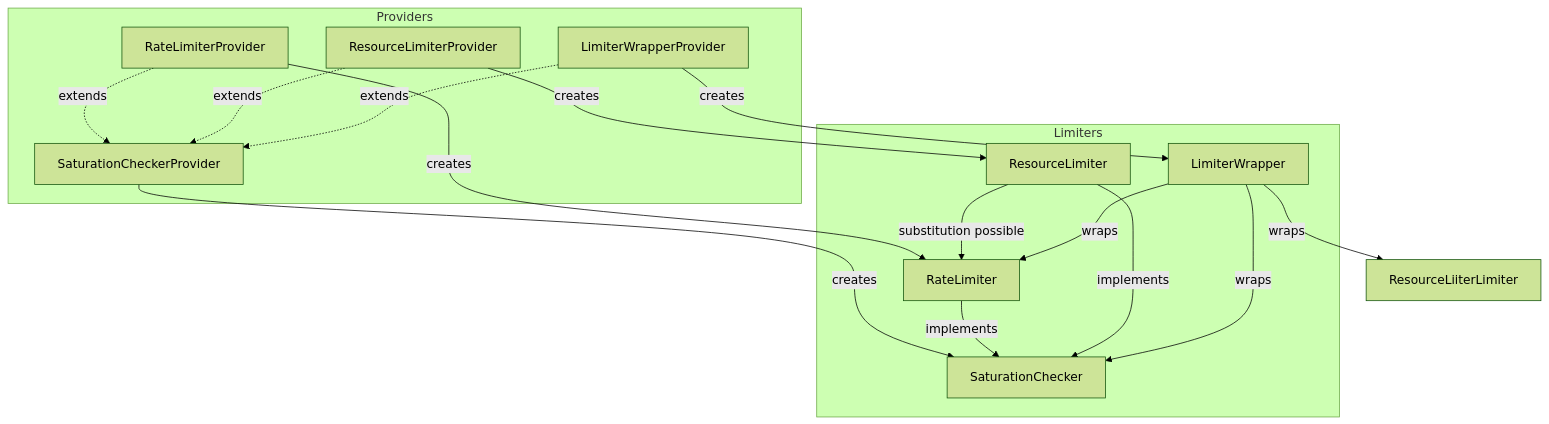
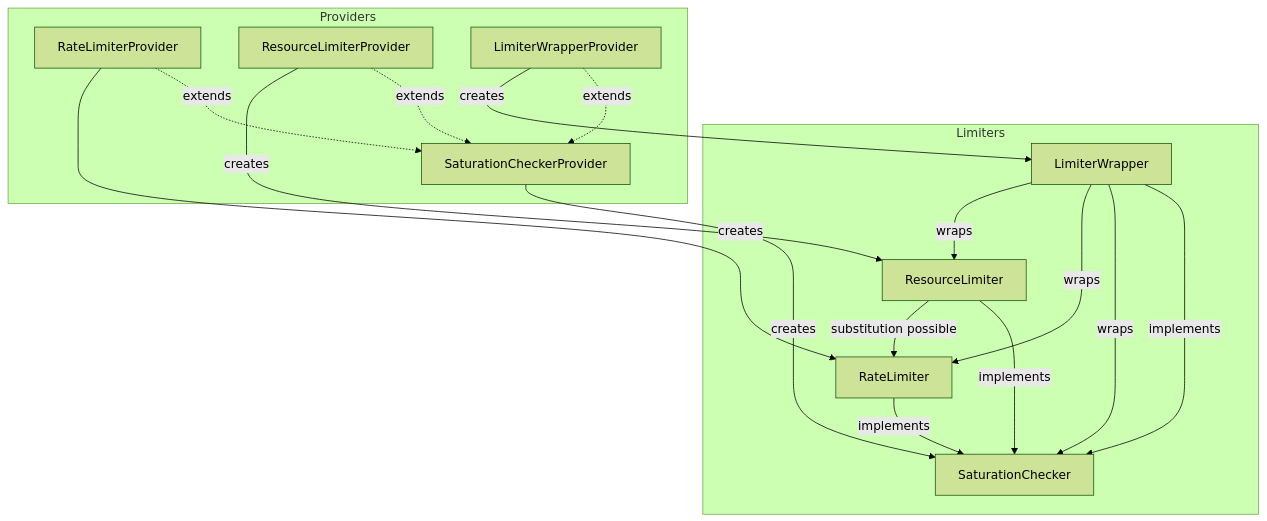
One commit to open-telemetry/opentelemetry-collector changed the diagram in extension/extensionlimiter/README.md. Above: the diagram before and after it, drawn with Mermaid (forest theme).

````diff
--- a/extension/extensionlimiter/README.md
+++ b/extension/extensionlimiter/README.md
@@ -443,32 +443,35 @@
 ```mermaid
 graph TD;
     subgraph "Limiters"
 	    SaturationChecker["SaturationChecker"]
 	    RateLimiter["RateLimiter"]
 	    ResourceLimiter["ResourceLimiter"]
 	    LimiterWrapper["LimiterWrapper"]
     end
 
     subgraph "Providers"
 	    SaturationCheckerProvider["SaturationCheckerProvider"]
 	    RateLimiterProvider["RateLimiterProvider"]
 	    ResourceLimiterProvider["ResourceLimiterProvider"]
 	    LimiterWrapperProvider["LimiterWrapperProvider"]
     end
 
     RateLimiterProvider -.->|extends| SaturationCheckerProvider
     ResourceLimiterProvider -.->|extends| SaturationCheckerProvider
     LimiterWrapperProvider -.->|extends| SaturationCheckerProvider
 
     SaturationCheckerProvider -->|creates| SaturationChecker
     RateLimiterProvider -->|creates| RateLimiter
     ResourceLimiterProvider -->|creates| ResourceLimiter
     LimiterWrapperProvider -->|creates| LimiterWrapper
 
+    LimiterWrapper -->|implements| SaturationChecker
     RateLimiter -->|implements| SaturationChecker
     ResourceLimiter -->|implements| SaturationChecker
+
     ResourceLimiter -->|substitution possible| RateLimiter
+
     LimiterWrapper -->|wraps| SaturationChecker
     LimiterWrapper -->|wraps| RateLimiter
-    LimiterWrapper -->|wraps| ResourceLiiterLimiter
+    LimiterWrapper -->|wraps| ResourceLimiter
 ```
````
